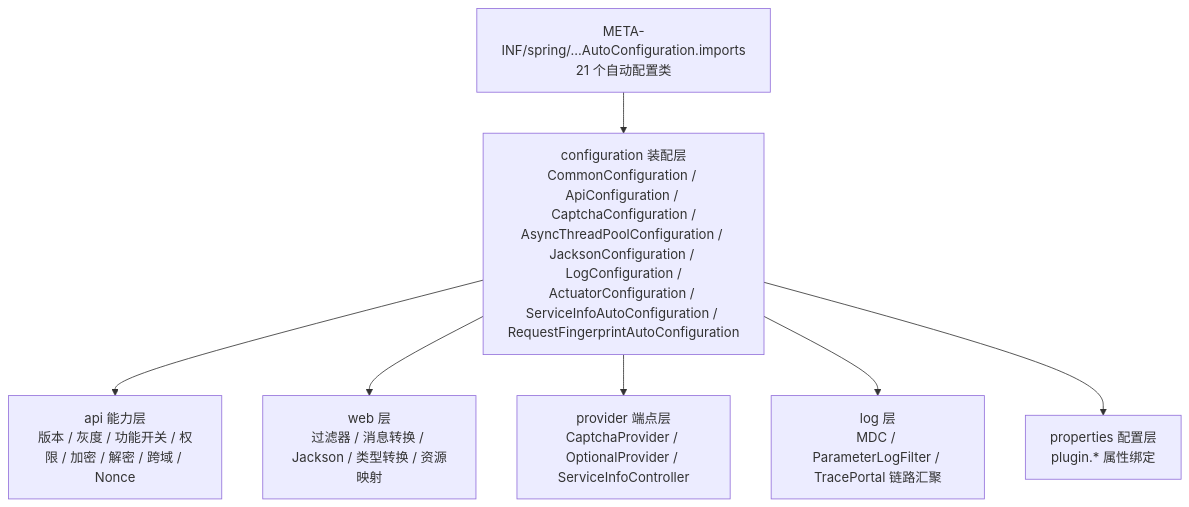
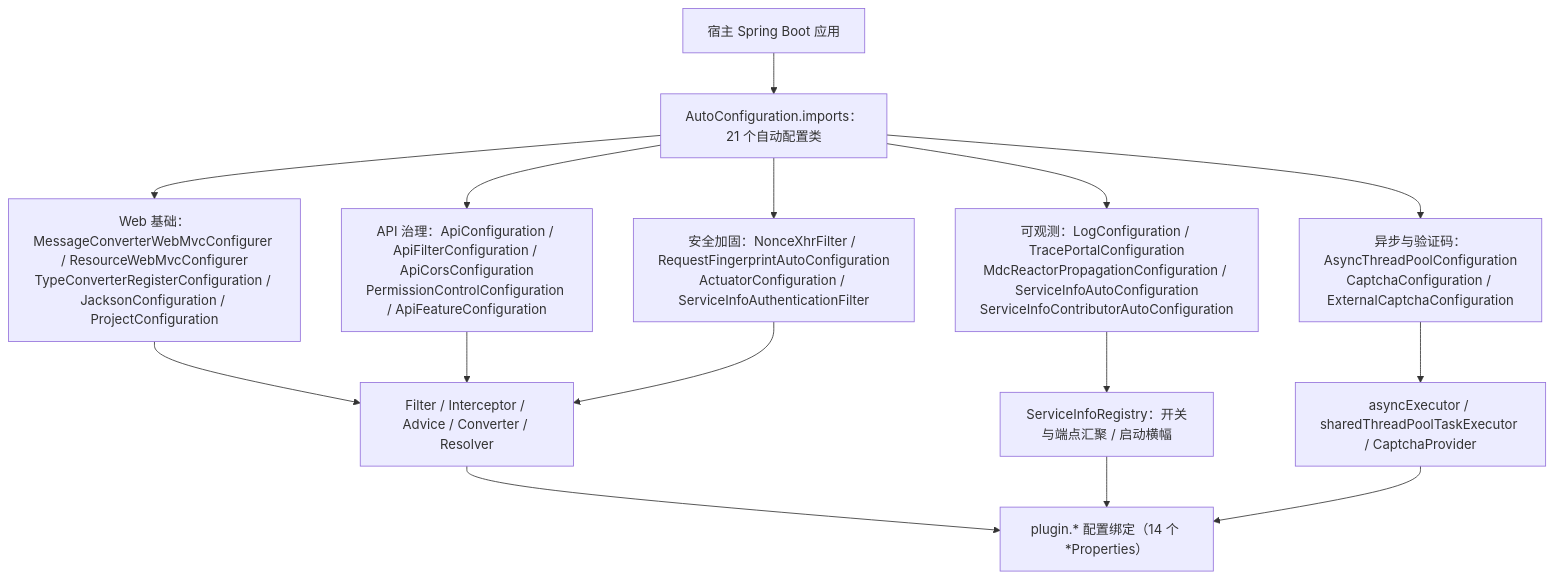
Before and after one commit to CHTK001/spring-support-parent-starter: the first of 2 diagrams in spring-support-common-starter/README.md, drawn with Mermaid. The commit also changed other lines of this file and 54 other files, not shown here.

````diff
--- a/spring-support-common-starter/README.md
+++ b/spring-support-common-starter/README.md
@@ -27,9 +19,17 @@
 ```mermaid
-graph TD
-    IMPORTS["META-INF/spring/...AutoConfiguration.imports<br/>21 个自动配置类"] --> CFG["configuration 装配层<br/>CommonConfiguration / ApiConfiguration / CaptchaConfiguration /<br/>AsyncThreadPoolConfiguration / JacksonConfiguration / LogConfiguration /<br/>ActuatorConfiguration / ServiceInfoAutoConfiguration / RequestFingerprintAutoConfiguration"]
-    CFG --> API["api 能力层<br/>版本 / 灰度 / 功能开关 / 权限 / 加密 / 解密 / 跨域 / Nonce"]
-    CFG --> WEB["web 层<br/>过滤器 / 消息转换 / Jackson / 类型转换 / 资源映射"]
-    CFG --> EP["provider 端点层<br/>CaptchaProvider / OptionalProvider / ServiceInfoController"]
-    CFG --> LOG["log 层<br/>MDC / ParameterLogFilter / TracePortal 链路汇聚"]
-    CFG --> PROP["properties 配置层<br/>plugin.* 属性绑定"]
+graph TB
+    HOST["宿主 Spring Boot 应用"] --> AUTO["AutoConfiguration.imports：21 个自动配置类"]
+    AUTO --> WEB["Web 基础：MessageConverterWebMvcConfigurer / ResourceWebMvcConfigurer<br/>TypeConverterRegisterConfiguration / JacksonConfiguration / ProjectConfiguration"]
+    AUTO --> APIC["API 治理：ApiConfiguration / ApiFilterConfiguration / ApiCorsConfiguration<br/>PermissionControlConfiguration / ApiFeatureConfiguration"]
+    AUTO --> SEC["安全加固：NonceXhrFilter / RequestFingerprintAutoConfiguration<br/>ActuatorConfiguration / ServiceInfoAuthenticationFilter"]
+    AUTO --> OBS["可观测：LogConfiguration / TracePortalConfiguration<br/>MdcReactorPropagationConfiguration / ServiceInfoAutoConfiguration<br/>ServiceInfoContributorAutoConfiguration"]
+    AUTO --> ASY["异步与验证码：AsyncThreadPoolConfiguration<br/>CaptchaConfiguration / ExternalCaptchaConfiguration"]
+    WEB --> LAYER["Filter / Interceptor / Advice / Converter / Resolver"]
+    APIC --> LAYER
+    SEC --> LAYER
+    OBS --> REG["ServiceInfoRegistry：开关与端点汇聚 / 启动横幅"]
+    ASY --> POOL["asyncExecutor / sharedThreadPoolTaskExecutor / CaptchaProvider"]
+    LAYER --> PROPS["plugin.* 配置绑定（14 个 *Properties）"]
+    REG --> PROPS
+    POOL --> PROPS
 ```
````
